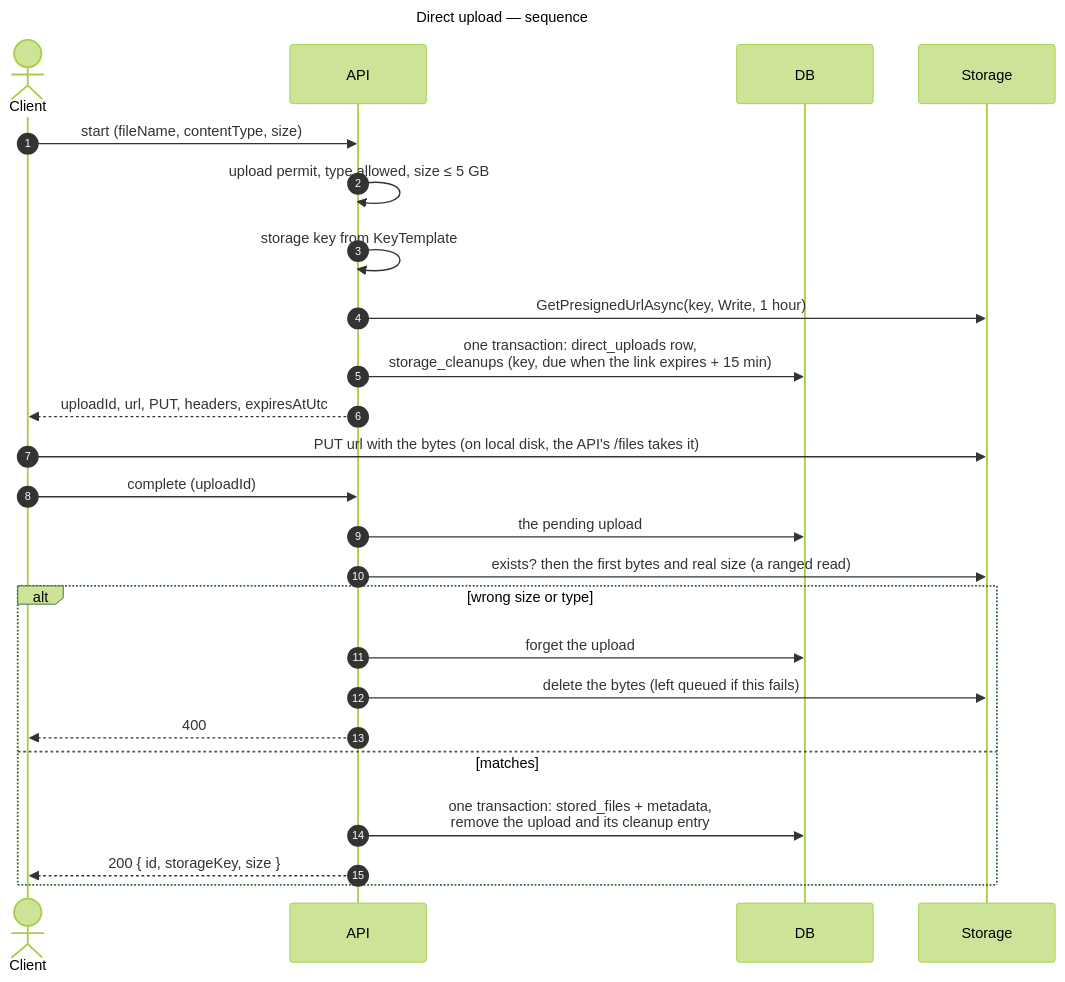
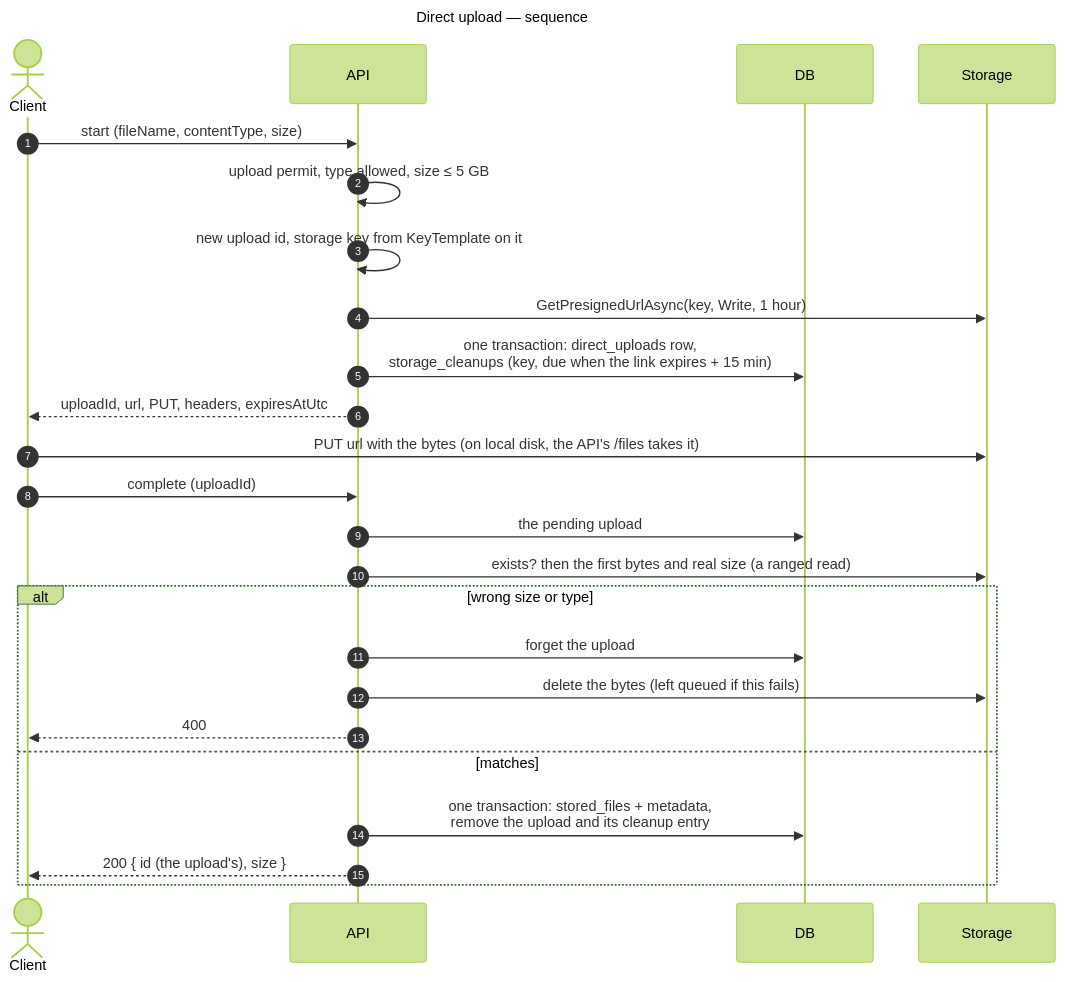
The fifth of 17 diagrams in docs/sequence-diagrams.md (gmetskhvarishvili/GM.FileStorage.Samples), drawn with Mermaid (forest theme) before and after one commit. The commit also changed other lines of this file and 30 other files, not shown here.

````diff
--- a/docs/sequence-diagrams.md
+++ b/docs/sequence-diagrams.md
@@ -198,32 +198,32 @@
 ```mermaid
 ---
 title: Direct upload — sequence
 ---
 sequenceDiagram
     autonumber
     actor C as Client
     participant API
     participant DB
     participant S as Storage
 
     C->>API: start (fileName, contentType, size)
     API->>API: upload permit, type allowed, size ≤ 5 GB
-    API->>API: storage key from KeyTemplate
+    API->>API: new upload id, storage key from KeyTemplate on it
     API->>S: GetPresignedUrlAsync(key, Write, 1 hour)
     API->>DB: one transaction: direct_uploads row,<br/>storage_cleanups (key, due when the link expires + 15 min)
     API-->>C: uploadId, url, PUT, headers, expiresAtUtc
 
     C->>S: PUT url with the bytes (on local disk, the API's /files takes it)
 
     C->>API: complete (uploadId)
     API->>DB: the pending upload
     API->>S: exists? then the first bytes and real size (a ranged read)
     alt wrong size or type
         API->>DB: forget the upload
         API->>S: delete the bytes (left queued if this fails)
         API-->>C: 400
     else matches
         API->>DB: one transaction: stored_files + metadata,<br/>remove the upload and its cleanup entry
-        API-->>C: 200 { id, storageKey, size }
+        API-->>C: 200 { id (the upload's), size }
     end
 ```
````
